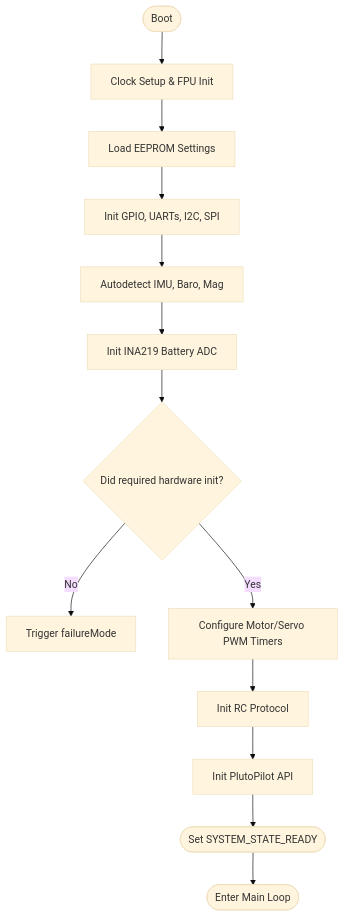
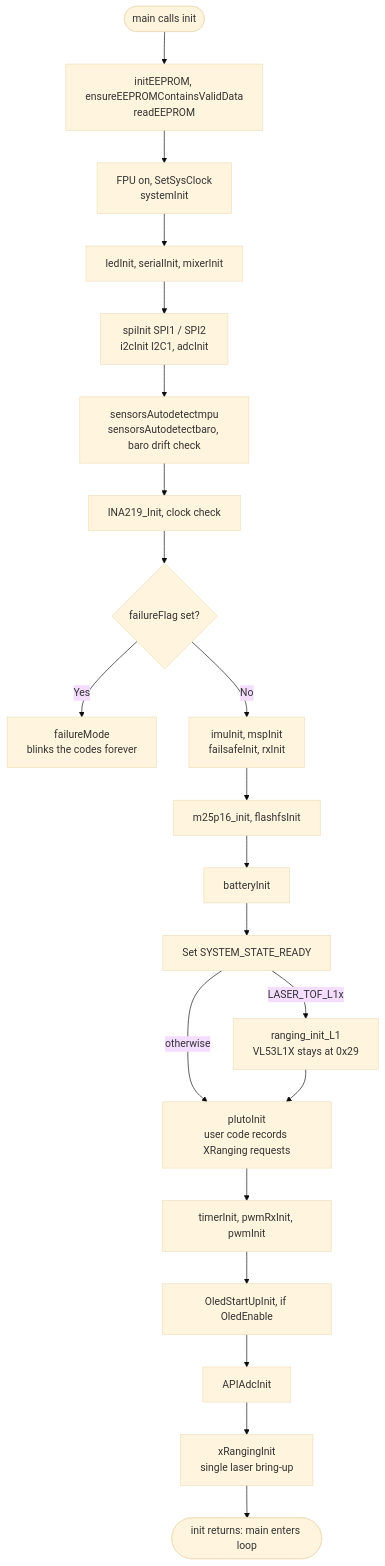
One commit to DronaAviation/MagisV2 changed the first of 2 diagrams in docs/fw-development-reference/fw-architecture-pipeline/subsystems/Main_Initialization.md. Above: the diagram before and after it, drawn with Mermaid (base theme). The commit also changed other lines of this file and 55 other files, not shown here.

````diff
--- a/docs/fw-development-reference/fw-architecture-pipeline/subsystems/Main_Initialization.md
+++ b/docs/fw-development-reference/fw-architecture-pipeline/subsystems/Main_Initialization.md
@@ -26,17 +49,25 @@
 ```mermaid
 flowchart TD
-    Start([Boot]) --> MCU[Clock Setup & FPU Init]
-    MCU --> EEPROM[Load EEPROM Settings]
-    EEPROM --> BUS[Init GPIO, UARTs, I2C, SPI]
-    BUS --> Sensors[Autodetect IMU, Baro, Mag]
-    Sensors --> ADC[Init INA219 Battery ADC]
-    
-    ADC --> Check{Did required hardware init?}
-    Check -- No --> Fail[Trigger failureMode]
-    Check -- Yes --> Motors[Configure Motor/Servo PWM Timers]
-    Motors --> Rx[Init RC Protocol]
-    Rx --> PlutoAPI[Init PlutoPilot API]
-    
-    PlutoAPI --> Ready([Set SYSTEM_STATE_READY])
-    Ready --> Loop([Enter Main Loop])
+    Start([main calls init]) --> EEPROM[initEEPROM, ensureEEPROMContainsValidData<br/>readEEPROM]
+    EEPROM --> MCU[FPU on, SetSysClock<br/>systemInit]
+    MCU --> SER[ledInit, serialInit, mixerInit]
+    SER --> BUS[spiInit SPI1 / SPI2<br/>i2cInit I2C1, adcInit]
+    BUS --> Sensors[sensorsAutodetectmpu<br/>sensorsAutodetectbaro, baro drift check]
+    Sensors --> INA[INA219_Init, clock check]
+
+    INA --> Check{failureFlag set?}
+    Check -- Yes --> Fail[failureMode<br/>blinks the codes forever]
+    Check -- No --> Core[imuInit, mspInit<br/>failsafeInit, rxInit]
+    Core --> Flash[m25p16_init, flashfsInit]
+    Flash --> Batt[batteryInit]
+    Batt --> Ready[Set SYSTEM_STATE_READY]
+
+    Ready -- LASER_TOF_L1x --> L1x[ranging_init_L1<br/>VL53L1X stays at 0x29]
+    Ready -- otherwise --> PlutoInit
+    L1x --> PlutoInit[plutoInit<br/>user code records XRanging requests]
+    PlutoInit --> Timers[timerInit, pwmRxInit, pwmInit]
+    Timers --> Oled[OledStartUpInit, if OledEnable]
+    Oled --> AdcApi[APIAdcInit]
+    AdcApi --> XR[xRangingInit<br/>single laser bring-up]
+    XR --> Loop([init returns: main enters loop])
 ```
````
